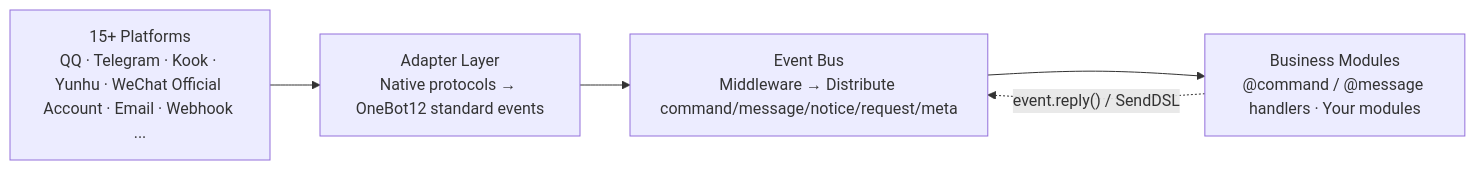
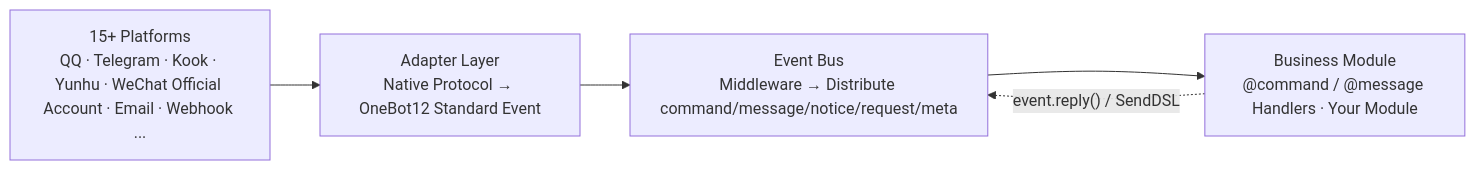
The first of 2 diagrams in README.md (ErisPulse/ErisPulse), drawn with Mermaid before and after one commit. The commit also changed other lines of this file and 11 other files, not shown here.

````diff
--- a/README.md
+++ b/README.md
@@ -111,9 +111,9 @@
 ```mermaid
 graph LR
     P["15+ Platforms<br/>QQ · Telegram · Kook · Yunhu · WeChat Official Account · Email · Webhook ..."]
-    A["Adapter Layer<br/>Native protocols → OneBot12 standard events"]
+    A["Adapter Layer<br/>Native Protocol → OneBot12 Standard Event"]
     Event["Event Bus<br/>Middleware → Distribute command/message/notice/request/meta"]
-    M["Business Modules<br/>@command / @message handlers · Your modules"]
+    M["Business Module<br/>@command / @message Handlers · Your Module"]
     P --> A --> Event --> M
     M -.->|"event.reply() / SendDSL"| Event
 ```
````
